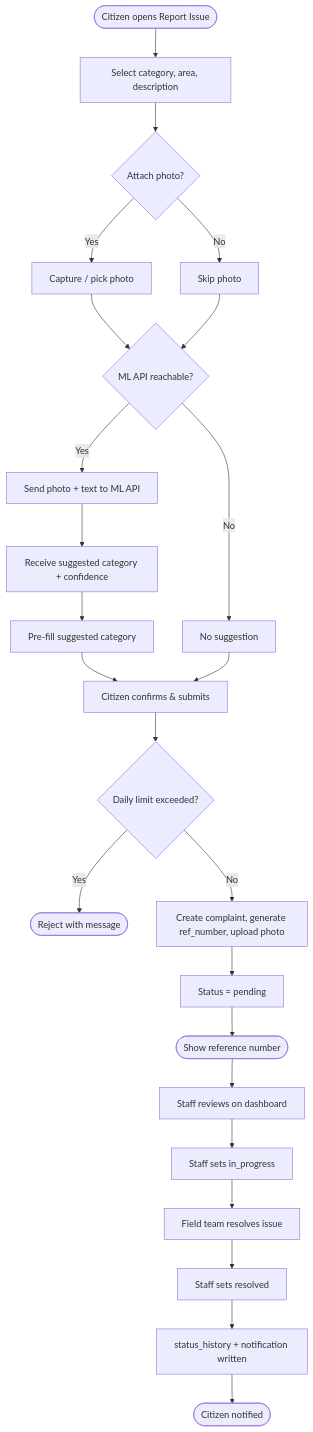
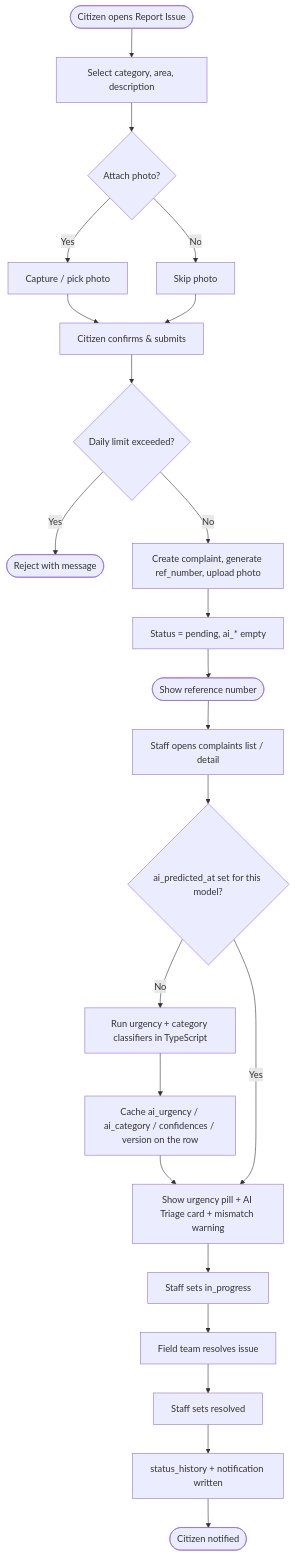
Before and after one commit to shehrilink/ShehriLink: the first of 12 diagrams in docs/ShehriLink-Documentation.md, drawn with Mermaid. The commit also changed other lines of this file and 3 other files, not shown here.

````diff
--- a/docs/ShehriLink-Documentation.md
+++ b/docs/ShehriLink-Documentation.md
@@ -357,26 +402,25 @@
 ```mermaid
 flowchart TD
     A([Citizen opens Report Issue]) --> B[Select category, area, description]
     B --> C{Attach photo?}
     C -- Yes --> D[Capture / pick photo]
     C -- No --> E[Skip photo]
-    D --> F{ML API reachable?}
-    E --> F
-    F -- Yes --> G[Send photo + text to ML API]
-    G --> H[Receive suggested category + confidence]
-    H --> I[Pre-fill suggested category]
-    F -- No --> J[No suggestion]
-    I --> K[Citizen confirms & submits]
-    J --> K
+    D --> K[Citizen confirms & submits]
+    E --> K
     K --> L{Daily limit exceeded?}
     L -- Yes --> M([Reject with message])
     L -- No --> N[Create complaint, generate ref_number, upload photo]
-    N --> O[Status = pending]
+    N --> O[Status = pending, ai_* empty]
     O --> P([Show reference number])
-    P --> Q[Staff reviews on dashboard]
-    Q --> R[Staff sets in_progress]
+    P --> Q[Staff opens complaints list / detail]
+    Q --> T1{ai_predicted_at set for this model?}
+    T1 -- No --> T2[Run urgency + category classifiers in TypeScript]
+    T2 --> T3[Cache ai_urgency / ai_category / confidences / version on the row]
+    T3 --> T4[Show urgency pill + AI Triage card + mismatch warning]
+    T1 -- Yes --> T4
+    T4 --> R[Staff sets in_progress]
     R --> S[Field team resolves issue]
-    S --> T[Staff sets resolved]
-    T --> U[status_history + notification written]
+    S --> U0[Staff sets resolved]
+    U0 --> U[status_history + notification written]
     U --> V([Citizen notified])
 ```
````
